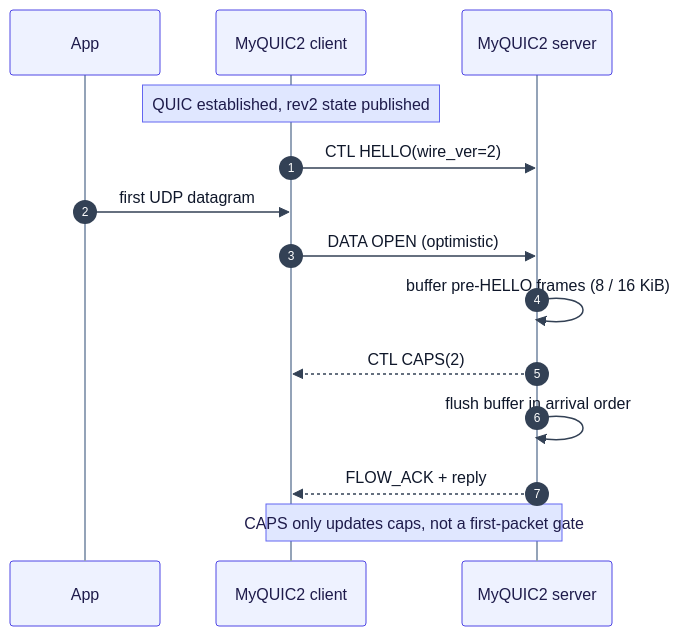
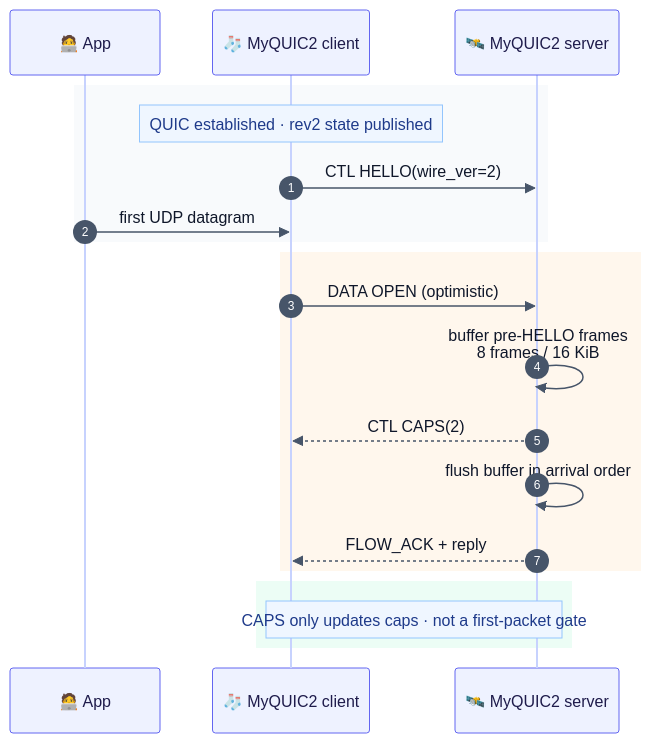
Diagram 14 of 25 in README.md (Terutoki/MyQUIC2), drawn with Mermaid before and after one commit. The commit also changed other lines of this file, not shown here.

First line of the commit message:
docs(readme): redraw the Mermaid atlas with a polished visual system

````diff
--- a/README.md
+++ b/README.md
@@ -675,17 +755,23 @@
 ```mermaid
-%%{init: {"theme":"base","themeVariables":{"fontSize":"14px","actorBkg":"#eef2ff","actorBorder":"#4f46e5","actorTextColor":"#1e1b4b","actorLineColor":"#94a3b8","signalColor":"#334155","signalTextColor":"#0f172a","labelBoxBkgColor":"#e0e7ff","labelBoxBorderColor":"#6366f1","labelTextColor":"#1e1b4b","loopTextColor":"#1e1b4b","noteBkgColor":"#e0e7ff","noteBorderColor":"#6366f1","noteTextColor":"#1e1b4b","activationBkgColor":"#c7d2fe","activationBorderColor":"#4f46e5","sequenceNumberBackgroundColor":"#4f46e5","sequenceNumberColor":"#ffffff"}}}%%
+%%{init: {"theme":"base","themeVariables":{"fontSize":"15px","actorBkg":"#eef2ff","actorBorder":"#6366f1","actorTextColor":"#1e1b4b","actorLineColor":"#c7d2fe","signalColor":"#475569","signalTextColor":"#0f172a","labelBoxBkgColor":"#f8fafc","labelBoxBorderColor":"#cbd5e1","labelTextColor":"#0f172a","loopTextColor":"#0f172a","noteBkgColor":"#eff6ff","noteBorderColor":"#93c5fd","noteTextColor":"#1e3a8a","activationBkgColor":"#e0e7ff","activationBorderColor":"#6366f1","sequenceNumberBackgroundColor":"#6366f1","sequenceNumberColor":"#ffffff"}} }%%
 sequenceDiagram
-autonumber
-    participant App
-    participant Client as MyQUIC2 client
-    participant Server as MyQUIC2 server
-    Note over Client: QUIC established, rev2 state published
-    Client->>Server: CTL HELLO(wire_ver=2)
-    App->>Client: first UDP datagram
-    Client->>Server: DATA OPEN (optimistic)
-    Server->>Server: buffer pre-HELLO frames (8 / 16 KiB)
-    Server-->>Client: CTL CAPS(2)
-    Server->>Server: flush buffer in arrival order
-    Server-->>Client: FLOW_ACK + reply
-    Note over Client,Server: CAPS only updates caps, not a first-packet gate
+    autonumber
+    participant App as 🧑‍💻 App
+    participant Client as 🧦 MyQUIC2 client
+    participant Server as 🛰️ MyQUIC2 server
+        rect rgb(248, 250, 252)
+            Note over Client: QUIC established · rev2 state published
+            Client->>Server: CTL HELLO(wire_ver=2)
+            App->>Client: first UDP datagram
+        end
+        rect rgb(255, 247, 237)
+            Client->>Server: DATA OPEN (optimistic)
+            Server->>Server: buffer pre-HELLO frames<br/>8 frames / 16 KiB
+            Server-->>Client: CTL CAPS(2)
+            Server->>Server: flush buffer in arrival order
+            Server-->>Client: FLOW_ACK + reply
+        end
+        rect rgb(236, 253, 245)
+            Note over Client,Server: CAPS only updates caps · not a first-packet gate
+        end
 ```
````
